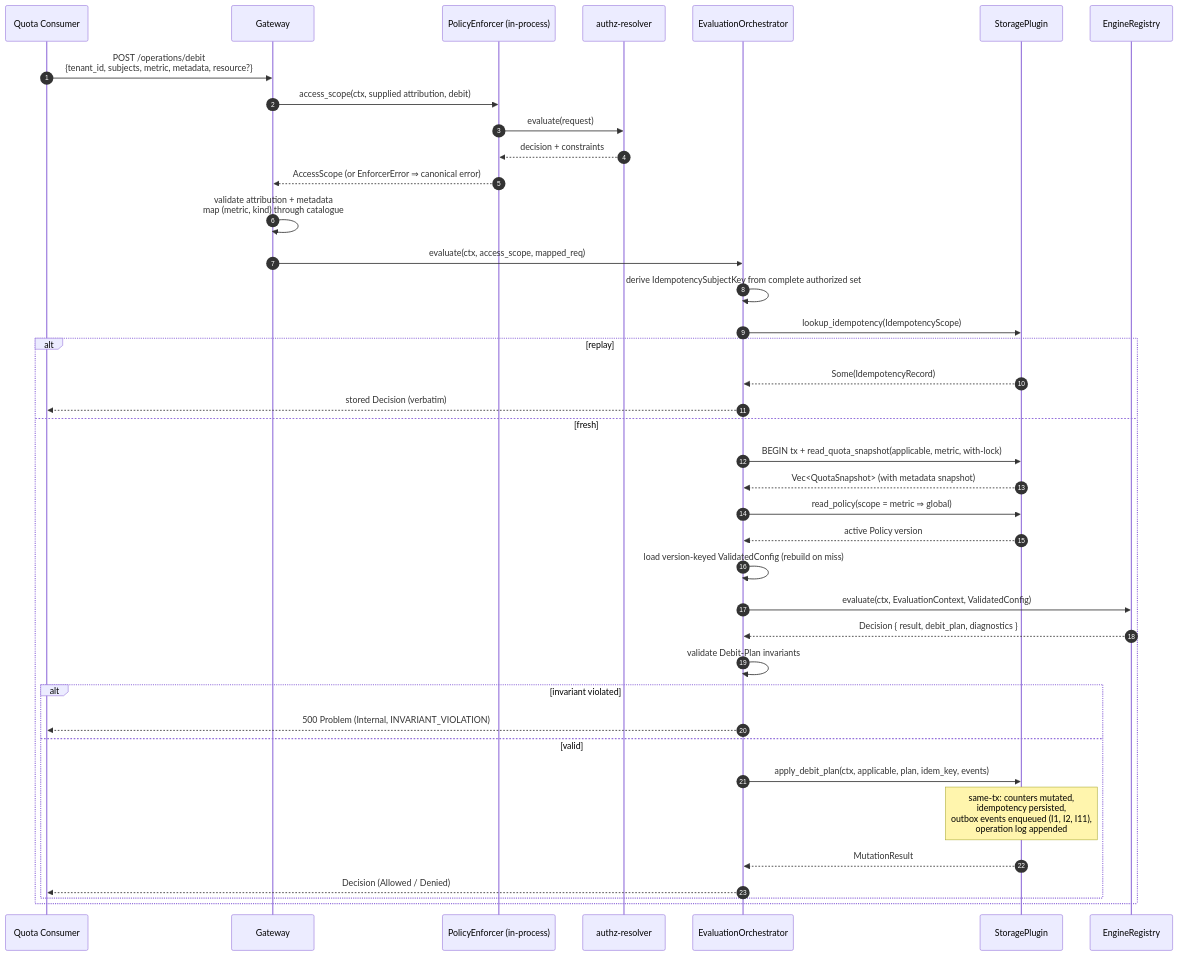
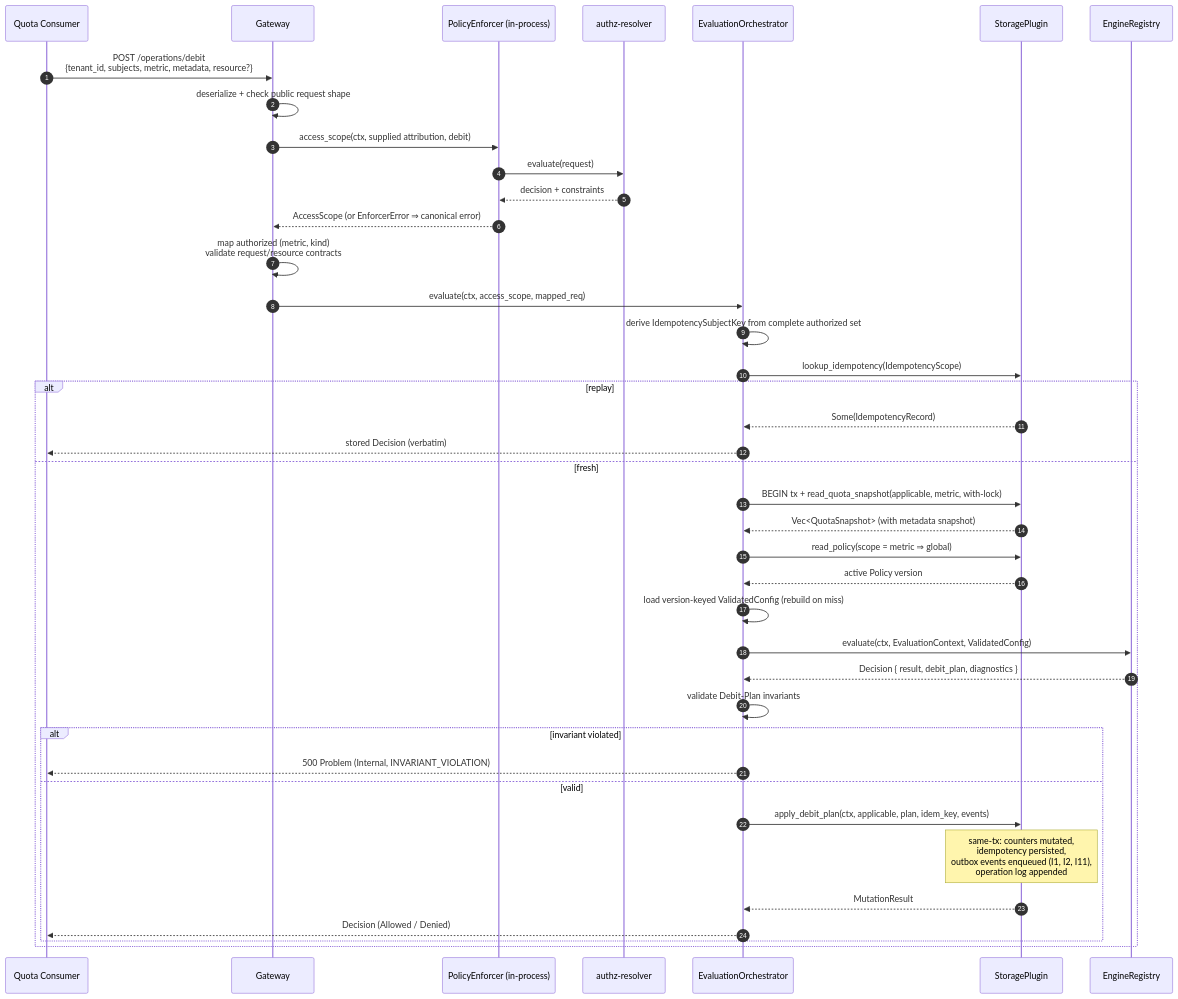
Before and after one commit to constructorfabric/gears-rust: the fourth of 17 diagrams in gears/system/quota-enforcement/docs/DESIGN.md, drawn with Mermaid. The commit also changed other lines of this file and 9 other files, not shown here.

First line of the commit message:
docs(qe): align projection flows and telemetry contracts

````diff
--- a/gears/system/quota-enforcement/docs/DESIGN.md
+++ b/gears/system/quota-enforcement/docs/DESIGN.md
@@ -1433,42 +1438,43 @@
 ```mermaid
 sequenceDiagram
     autonumber
     participant Caller as Quota Consumer
     participant GW as Gateway
     participant PEP as PolicyEnforcer (in-process)
     participant PDP as authz-resolver
     participant EO as EvaluationOrchestrator
     participant SP as StoragePlugin
     participant ER as EngineRegistry
 
     Caller ->> GW: POST /operations/debit<br/>{tenant_id, subjects, metric, metadata, resource?}
+    GW ->> GW: deserialize + check public request shape
     GW ->> PEP: access_scope(ctx, supplied attribution, debit)
     PEP ->> PDP: evaluate(request)
     PDP -->> PEP: decision + constraints
     PEP -->> GW: AccessScope (or EnforcerError ⇒ canonical error)
-    GW ->> GW: validate attribution + metadata<br/>map (metric, kind) through catalogue
+    GW ->> GW: map authorized (metric, kind)<br/>validate request/resource contracts
     GW ->> EO: evaluate(ctx, access_scope, mapped_req)
     EO ->> EO: derive IdempotencySubjectKey from complete authorized set
     EO ->> SP: lookup_idempotency(IdempotencyScope)
     alt replay
         SP -->> EO: Some(IdempotencyRecord)
         EO -->> Caller: stored Decision (verbatim)
     else fresh
         EO ->> SP: BEGIN tx + read_quota_snapshot(applicable, metric, with-lock)
         SP -->> EO: Vec<QuotaSnapshot> (with metadata snapshot)
         EO ->> SP: read_policy(scope = metric ⇒ global)
         SP -->> EO: active Policy version
         EO ->> EO: load version-keyed ValidatedConfig (rebuild on miss)
         EO ->> ER: evaluate(ctx, EvaluationContext, ValidatedConfig)
         ER -->> EO: Decision { result, debit_plan, diagnostics }
         EO ->> EO: validate Debit-Plan invariants
         alt invariant violated
             EO -->> Caller: 500 Problem (Internal, INVARIANT_VIOLATION)
         else valid
             EO ->> SP: apply_debit_plan(ctx, applicable, plan, idem_key, events)
             Note over SP: same-tx: counters mutated,<br/>idempotency persisted,<br/>outbox events enqueued (I1, I2, I11),<br/>operation log appended
             SP -->> EO: MutationResult
             EO -->> Caller: Decision (Allowed / Denied)
         end
     end
 ```
````
